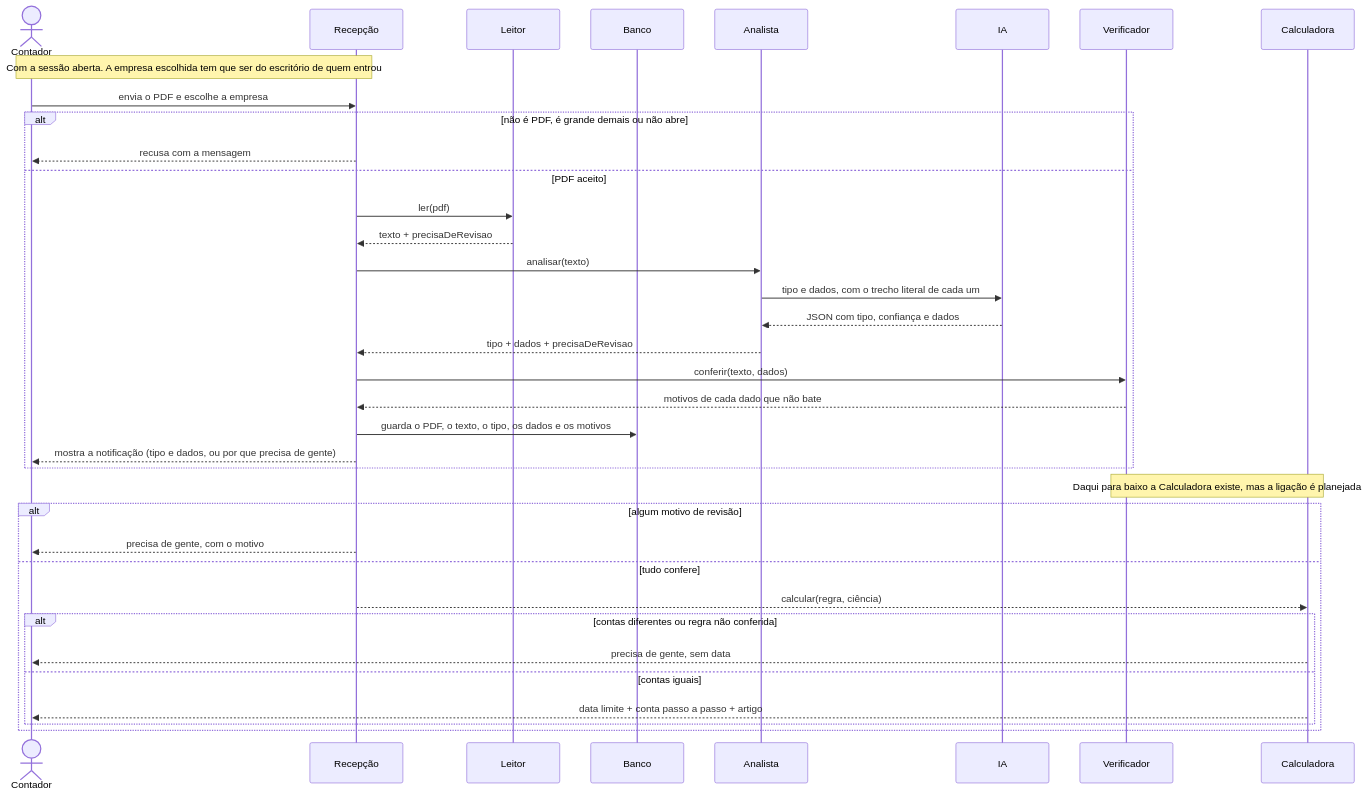
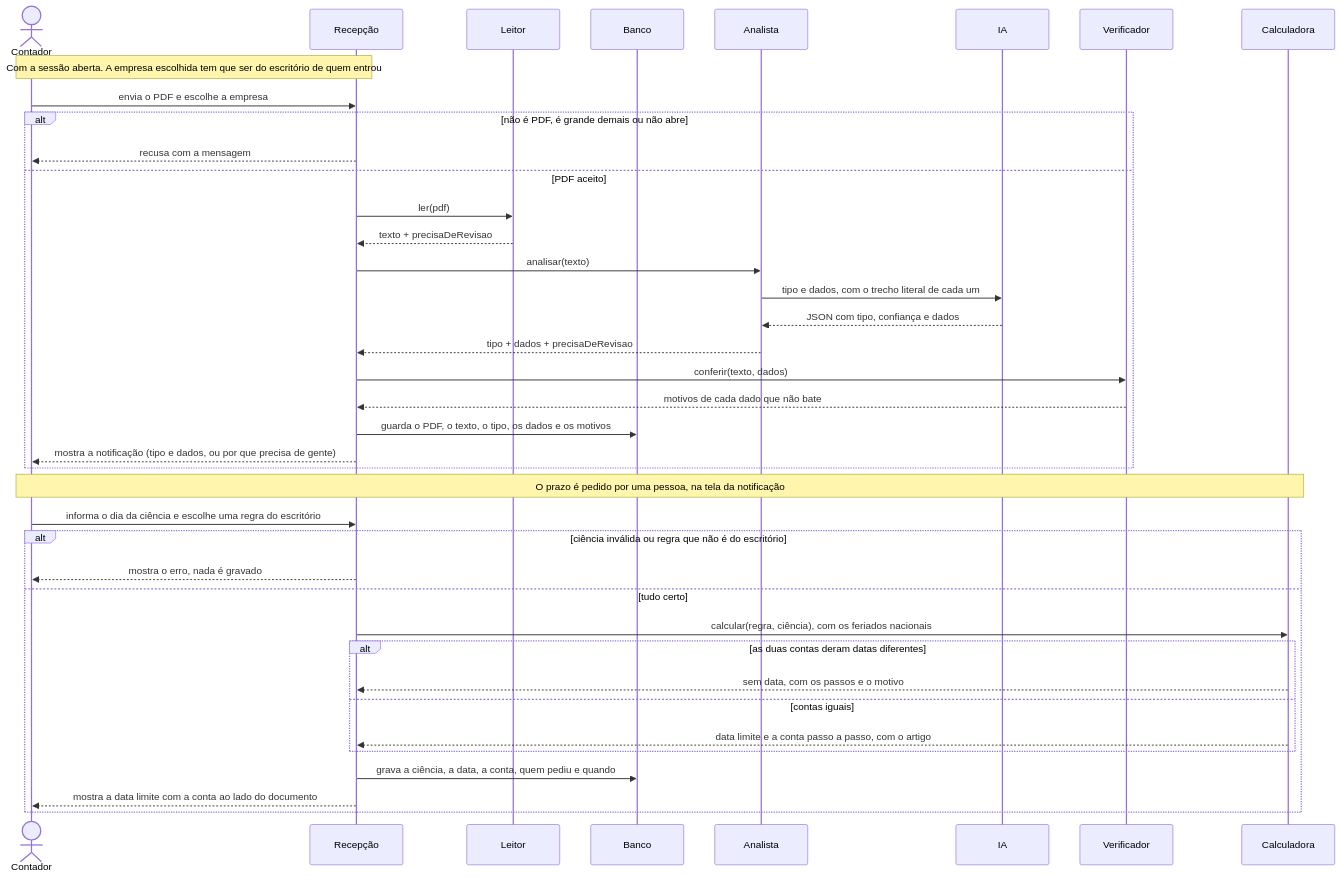
The sixth of 8 diagrams in docs/04-arquitetura/arquitetura.md (namtech-agents/atalaia), drawn with Mermaid before and after one commit. The commit also changed other lines of this file and 1 other file, not shown here.

Commit message:
docs: prazo na tela nos diagramas e no README (#75)

````diff
--- a/docs/04-arquitetura/arquitetura.md
+++ b/docs/04-arquitetura/arquitetura.md
@@ -385,41 +427,44 @@
 ```mermaid
 sequenceDiagram
     actor Contador
     participant Recepcao as Recepção
     participant Leitor
     participant Banco
     participant Analista
     participant IA
     participant Verificador
     participant Calculadora
 
     Note over Contador,Recepcao: Com a sessão aberta. A empresa escolhida tem que ser do escritório de quem entrou
     Contador->>Recepcao: envia o PDF e escolhe a empresa
     alt não é PDF, é grande demais ou não abre
         Recepcao-->>Contador: recusa com a mensagem
     else PDF aceito
         Recepcao->>Leitor: ler(pdf)
         Leitor-->>Recepcao: texto + precisaDeRevisao
         Recepcao->>Analista: analisar(texto)
         Analista->>IA: tipo e dados, com o trecho literal de cada um
         IA-->>Analista: JSON com tipo, confiança e dados
         Analista-->>Recepcao: tipo + dados + precisaDeRevisao
         Recepcao->>Verificador: conferir(texto, dados)
         Verificador-->>Recepcao: motivos de cada dado que não bate
         Recepcao->>Banco: guarda o PDF, o texto, o tipo, os dados e os motivos
         Recepcao-->>Contador: mostra a notificação (tipo e dados, ou por que precisa de gente)
     end
 
-    Note over Verificador,Calculadora: Daqui para baixo a Calculadora existe, mas a ligação é planejada
+    Note over Contador,Calculadora: O prazo é pedido por uma pessoa, na tela da notificação
 
-    alt algum motivo de revisão
-        Recepcao-->>Contador: precisa de gente, com o motivo
-    else tudo confere
-        Recepcao-->>Calculadora: calcular(regra, ciência)
-        alt contas diferentes ou regra não conferida
-            Calculadora-->>Contador: precisa de gente, sem data
+    Contador->>Recepcao: informa o dia da ciência e escolhe uma regra do escritório
+    alt ciência inválida ou regra que não é do escritório
+        Recepcao-->>Contador: mostra o erro, nada é gravado
+    else tudo certo
+        Recepcao->>Calculadora: calcular(regra, ciência), com os feriados nacionais
+        alt as duas contas deram datas diferentes
+            Calculadora-->>Recepcao: sem data, com os passos e o motivo
         else contas iguais
-            Calculadora-->>Contador: data limite + conta passo a passo + artigo
+            Calculadora-->>Recepcao: data limite e a conta passo a passo, com o artigo
         end
+        Recepcao->>Banco: grava a ciência, a data, a conta, quem pediu e quando
+        Recepcao-->>Contador: mostra a data limite com a conta ao lado do documento
     end
 ```
````
